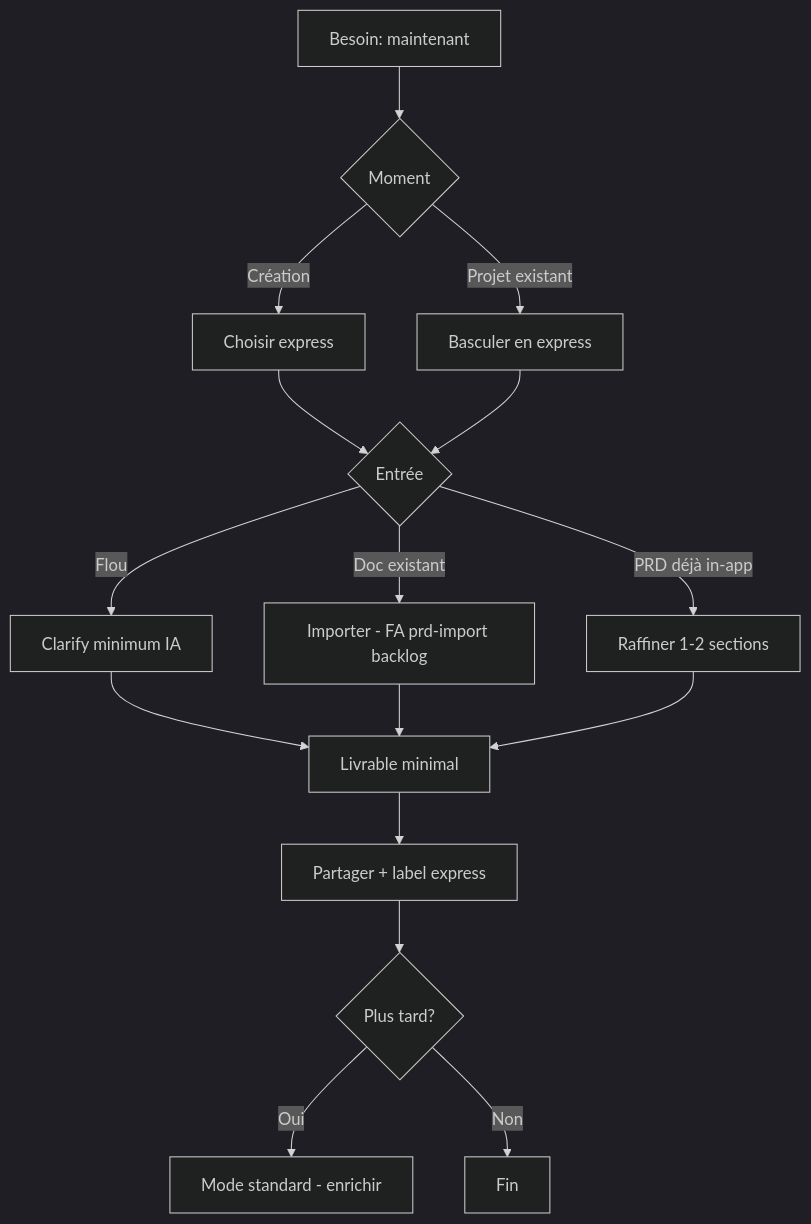
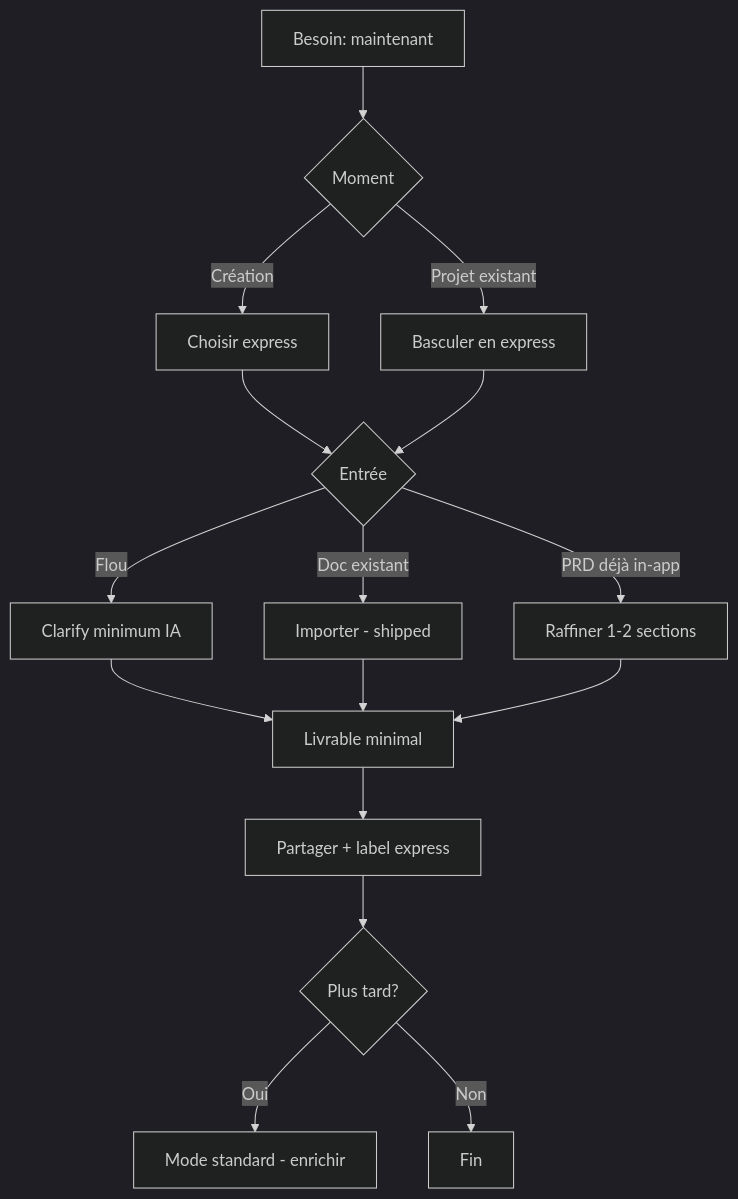
The first of 2 diagrams in docs/product/product-hics-diagnostic.md (romain-zt/zedos.app), drawn with Mermaid (dark theme) before and after one commit. The commit also changed other lines of this file and 149 other files, not shown here.

````diff
--- a/docs/product/product-hics-diagnostic.md
+++ b/docs/product/product-hics-diagnostic.md
@@ -55,18 +56,18 @@
 ```mermaid
 flowchart TD
   A[Besoin: maintenant] --> B{Moment}
   B -->|Création| C[Choisir express]
   B -->|Projet existant| D[Basculer en express]
   C --> E{Entrée}
   D --> E
   E -->|Flou| F[Clarify minimum IA]
-  E -->|Doc existant| G[Importer - FA prd-import backlog]
+  E -->|Doc existant| G[Importer - shipped]
   E -->|PRD déjà in-app| H[Raffiner 1-2 sections]
   F --> I[Livrable minimal]
   G --> I
   H --> I
   I --> J[Partager + label express]
   J --> K{Plus tard?}
   K -->|Oui| L[Mode standard - enrichir]
   K -->|Non| M[Fin]
 ```
````
